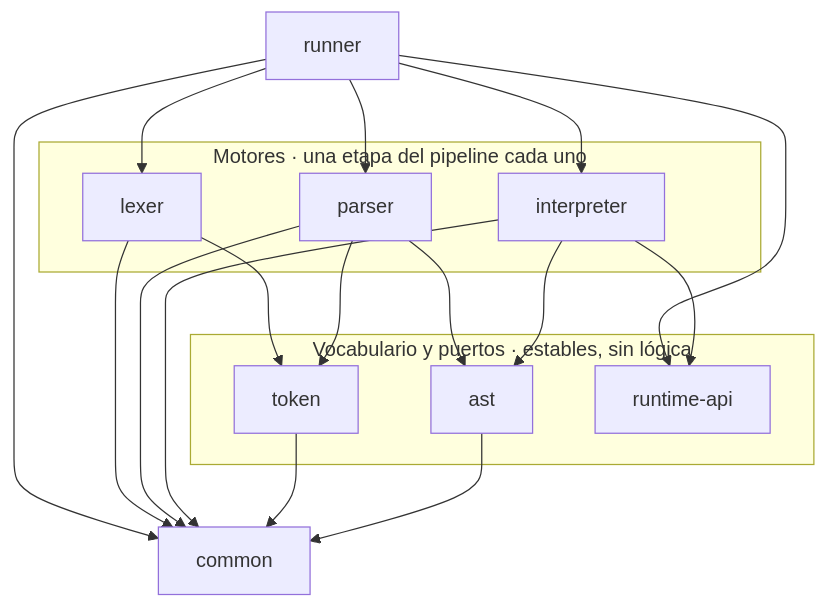
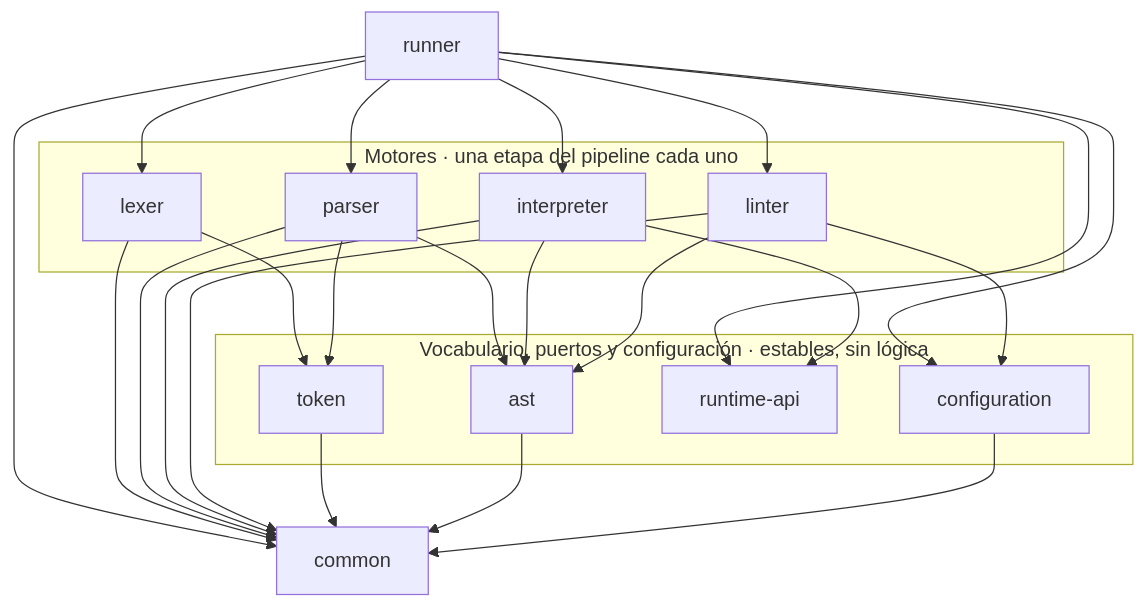
One commit to MartinaCousido/PrintScript changed the first of 3 diagrams in docs/arquitectura.md. Above: the diagram before and after it, drawn with Mermaid. The commit also changed other lines of this file and 13 other files, not shown here.

First line of the commit message:
Separar el módulo de configuración del directorio de calidad y documentar el linter

````diff
--- a/docs/arquitectura.md
+++ b/docs/arquitectura.md
@@ -13,35 +13,43 @@
 ```mermaid
 flowchart TD
     runner["runner"]
 
     subgraph motores["Motores · una etapa del pipeline cada uno"]
         lexer["lexer"]
         parser["parser"]
         interpreter["interpreter"]
+        linter["linter"]
     end
 
-    subgraph vocabulario["Vocabulario y puertos · estables, sin lógica"]
+    subgraph vocabulario["Vocabulario, puertos y configuración · estables, sin lógica"]
         token["token"]
         ast["ast"]
         runtimeapi["runtime-api"]
+        config["configuration"]
     end
 
     common["common"]
 
     runner --> lexer
     runner --> parser
     runner --> interpreter
+    runner --> linter
+    runner --> config
     runner --> runtimeapi
     runner --> common
 
     lexer --> token
     lexer --> common
     parser --> token
     parser --> ast
     parser --> common
     interpreter --> ast
     interpreter --> runtimeapi
     interpreter --> common
+    linter --> ast
+    linter --> config
+    linter --> common
     token --> common
     ast --> common
+    config --> common
 ```
````
